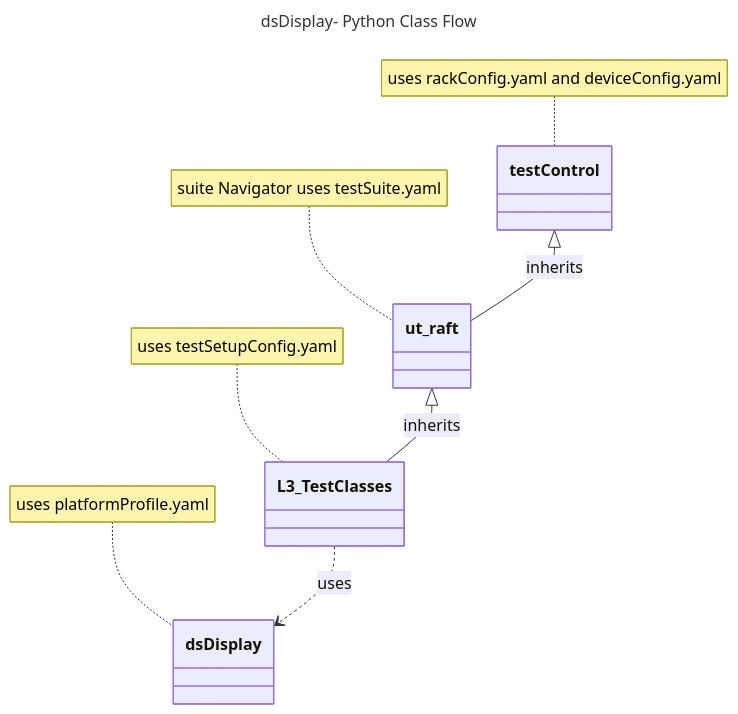
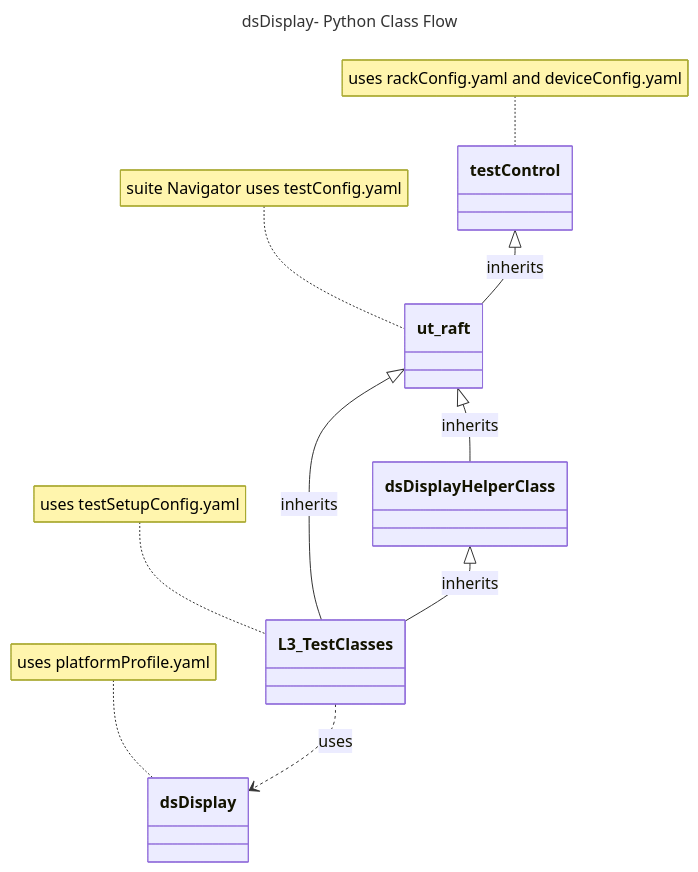
The diagram in docs/pages/dsDisplay/ds-display_L3_Low-Level_TestSpecification.md (rdkcentral/rdk-halif-test-device_settings), drawn with Mermaid before and after one commit. The commit also changed other lines of this file and 3 other files, not shown here.

````diff
--- a/docs/pages/dsDisplay/ds-display_L3_Low-Level_TestSpecification.md
+++ b/docs/pages/dsDisplay/ds-display_L3_Low-Level_TestSpecification.md
@@ -48,15 +48,17 @@
 ```mermaid
 ---
 title: dsDisplay- Python Class Flow
 ---
 classDiagram
     testControl <|-- ut_raft : inherits
     class ut_raft{
     }
     ut_raft <|-- L3_TestClasses : inherits
+    ut_raft <|-- dsDisplayHelperClass : inherits
+    dsDisplayHelperClass <|-- L3_TestClasses : inherits
     L3_TestClasses ..> dsDisplay : uses
     note for testControl "uses rackConfig.yaml and deviceConfig.yaml"
     note for dsDisplay "uses platformProfile.yaml"
     note for L3_TestClasses "uses testSetupConfig.yaml"
-    note for ut_raft "suite Navigator uses testSuite.yaml"
+    note for ut_raft "suite Navigator uses testConfig.yaml"
 ```
````
